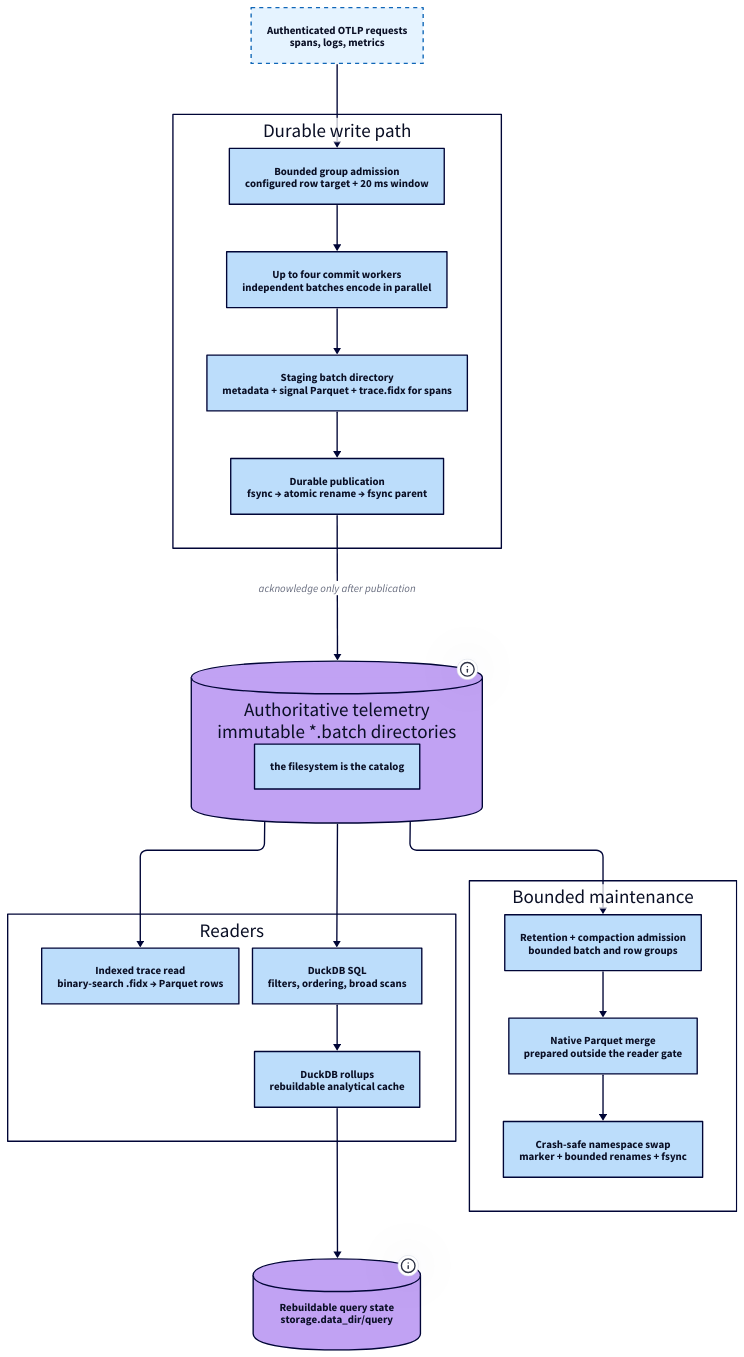
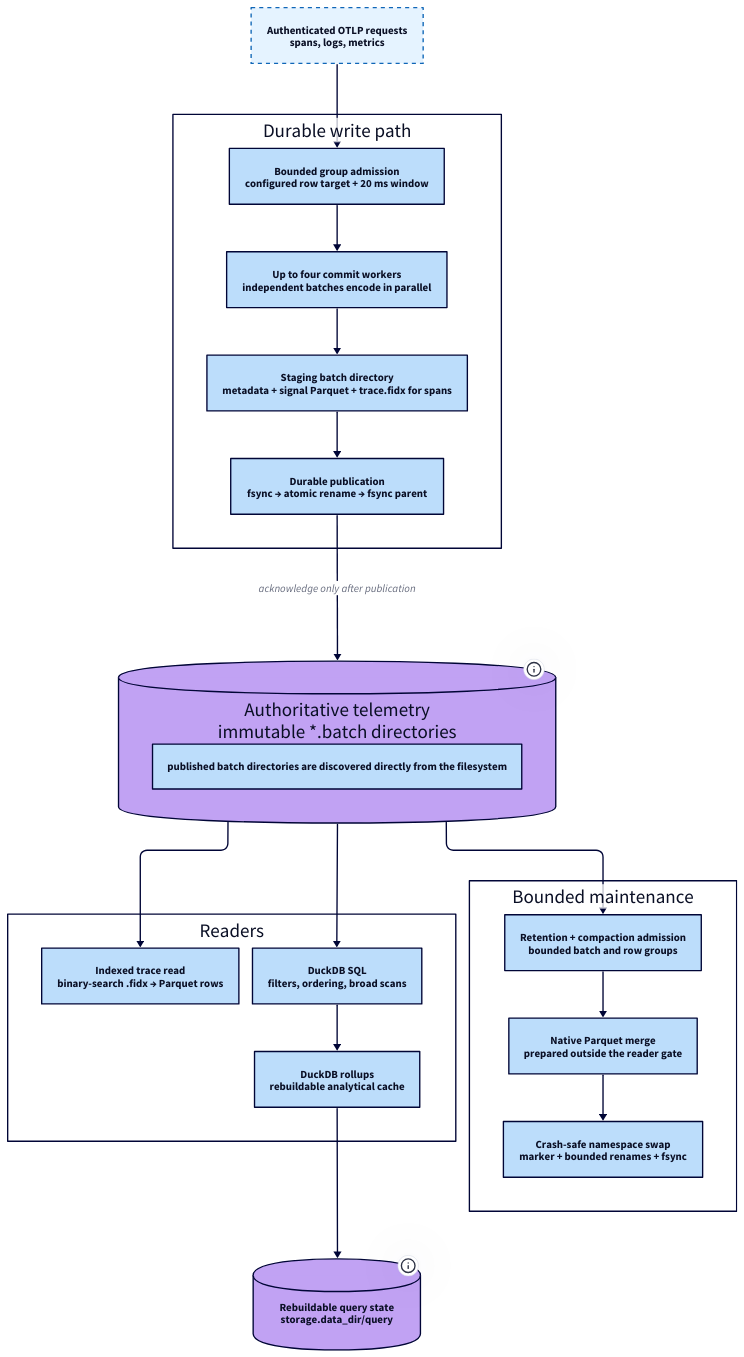
One commit to labstack/fanout changed the diagram in docs/diagrams/persistence.d2. Above: the diagram before and after it, drawn with D2. The commit also changed 24 other files, not shown here.

```diff
--- a/docs/diagrams/persistence.d2
+++ b/docs/diagrams/persistence.d2
@@ -1,63 +1,63 @@
 # How telemetry becomes durable, queryable, and compacted.
 # Render with `just diagrams`; commit the generated SVG beside this file.
 
 direction: down
 
 vars: {
   d2-config: {
     layout-engine: elk
     theme-id: 5
   }
 }
 
 ingest: "Authenticated OTLP requests\nspans, logs, metrics" {
   shape: rectangle
   style.stroke-dash: 3
 }
 
 writers: "Durable write path" {
   style.fill: transparent
   admission: "Bounded group admission\nconfigured row target + 20 ms window" {shape: rectangle}
   workers: "Up to four commit workers\nindependent batches encode in parallel" {shape: rectangle}
   stage: "Staging batch directory\nmetadata + signal Parquet + trace.fidx for spans" {shape: rectangle}
   publish: "Durable publication\nfsync → atomic rename → fsync parent" {shape: rectangle}
 
   admission -> workers
   workers -> stage
   stage -> publish
 }
 
 authority: "Authoritative telemetry\nimmutable *.batch directories" {
   shape: cylinder
-  tooltip: Ordinary Parquet files are the source of truth; the filesystem is the catalog.
+  tooltip: Ordinary Parquet files are authoritative; published batch directories are discovered directly from the filesystem.
 }
 
 readers: Readers {
   style.fill: transparent
   trace: "Indexed trace read\nbinary-search .fidx → Parquet rows" {shape: rectangle}
   sql: "DuckDB SQL\nfilters, ordering, broad scans" {shape: rectangle}
   rollups: "DuckDB rollups\nrebuildable analytical cache" {shape: rectangle}
 }
 
 maintenance: "Bounded maintenance" {
   style.fill: transparent
   choose: "Retention + compaction admission\nbounded batch and row groups" {shape: rectangle}
   merge: "Native Parquet merge\nprepared outside the reader gate" {shape: rectangle}
   swap: "Crash-safe namespace swap\nmarker + bounded renames + fsync" {shape: rectangle}
 
   choose -> merge
   merge -> swap
 }
 
 querystate: "Rebuildable query state\nstorage.data_dir/query" {
   shape: cylinder
   tooltip: DuckDB rollups and temporary spill. Not authoritative telemetry.
 }
 
 ingest -> writers.admission
 writers.publish -> authority: "acknowledge only after publication"
 authority -> readers.trace
 authority -> readers.sql
 readers.sql -> readers.rollups
 readers.rollups -> querystate
 authority -> maintenance.choose
```
